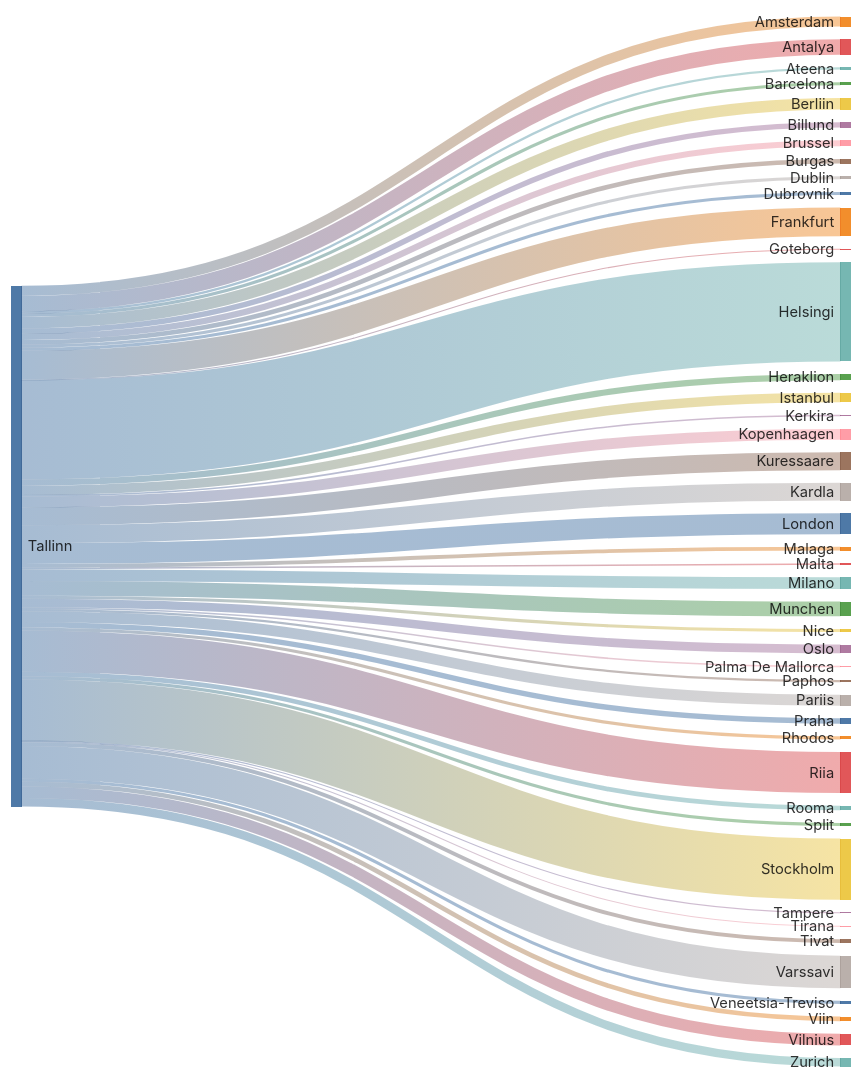
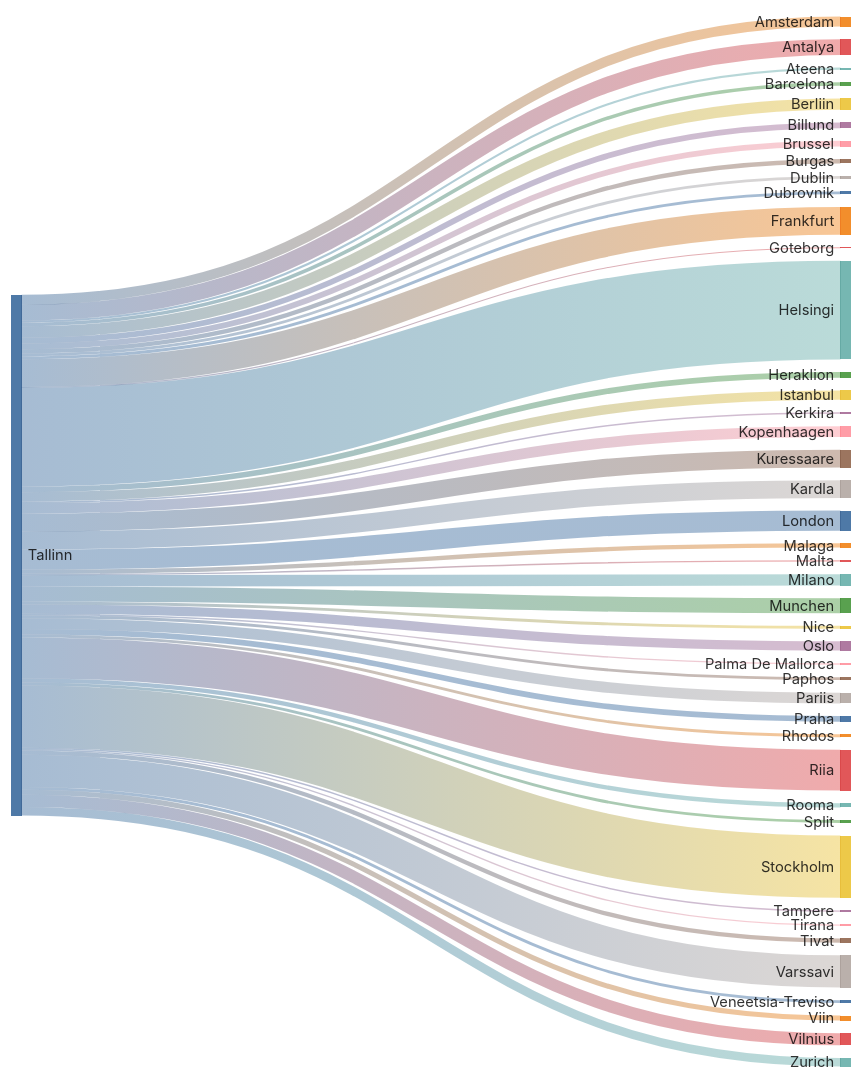
The second of 2 diagrams in README.md (rainermesi/tll-airport-departures), drawn with Mermaid before and after one commit. The commit also changed other lines of this file, not shown here.

````diff
--- a/README.md
+++ b/README.md
@@ -34,56 +34,56 @@
 ```mermaid
 ---
 config:
   sankey:
     showValues: false
     width: 800
     height: 1000
 ---
 sankey-beta
 %% source,target,value
-Tallinn,Amsterdam,13
-Tallinn,Antalya,20
+Tallinn,Amsterdam,14
+Tallinn,Antalya,22
 Tallinn,Ateena,3
-Tallinn,Barcelona,4
-Tallinn,Berliin,15
-Tallinn,Billund,7
+Tallinn,Barcelona,5
+Tallinn,Berliin,16
+Tallinn,Billund,8
 Tallinn,Brussel,8
 Tallinn,Burgas,6
 Tallinn,Dublin,4
 Tallinn,Dubrovnik,4
-Tallinn,Frankfurt,37
+Tallinn,Frankfurt,39
 Tallinn,Goteborg,1
-Tallinn,Helsingi,128
+Tallinn,Helsingi,138
 Tallinn,Heraklion,8
-Tallinn,Istanbul,12
+Tallinn,Istanbul,13
 Tallinn,Kerkira,2
-Tallinn,Kopenhaagen,14
-Tallinn,Kuressaare,23
-Tallinn,Kardla,23
-Tallinn,London,27
-Tallinn,Malaga,5
+Tallinn,Kopenhaagen,15
+Tallinn,Kuressaare,25
+Tallinn,Kardla,25
+Tallinn,London,28
+Tallinn,Malaga,6
 Tallinn,Malta,2
-Tallinn,Milano,15
-Tallinn,Munchen,19
+Tallinn,Milano,16
+Tallinn,Munchen,21
 Tallinn,Nice,4
-Tallinn,Oslo,11
+Tallinn,Oslo,13
 Tallinn,Palma De Mallorca,2
-Tallinn,Paphos,3
-Tallinn,Pariis,14
-Tallinn,Praha,7
+Tallinn,Paphos,4
+Tallinn,Pariis,15
+Tallinn,Praha,8
 Tallinn,Rhodos,4
-Tallinn,Riia,53
+Tallinn,Riia,57
 Tallinn,Rooma,6
 Tallinn,Split,4
-Tallinn,Stockholm,79
-Tallinn,Tampere,1
-Tallinn,Tirana,1
-Tallinn,Tivat,5
-Tallinn,Varssavi,42
+Tallinn,Stockholm,87
+Tallinn,Tampere,2
+Tallinn,Tirana,2
+Tallinn,Tivat,6
+Tallinn,Varssavi,45
 Tallinn,Veneetsia-Treviso,4
-Tallinn,Viin,6
-Tallinn,Vilnius,15
-Tallinn,Zurich,11
+Tallinn,Viin,7
+Tallinn,Vilnius,17
+Tallinn,Zurich,12
 
 
 ```
````
